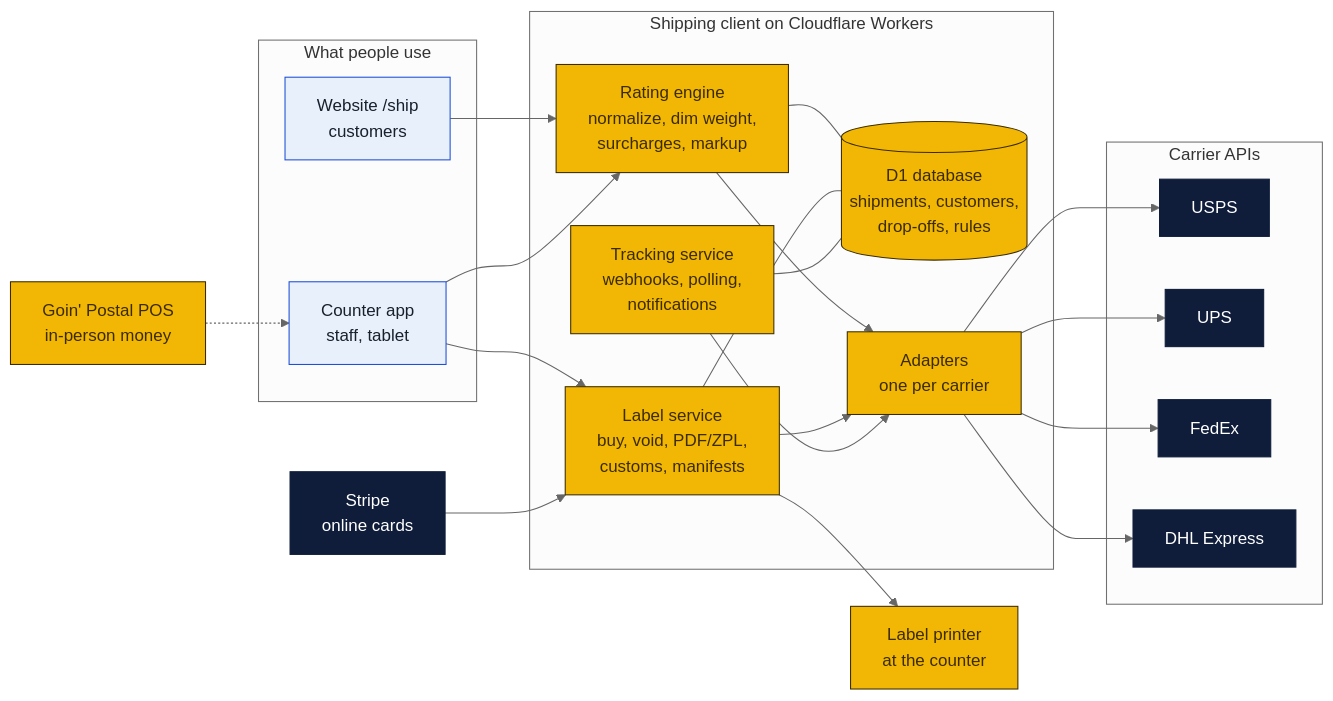
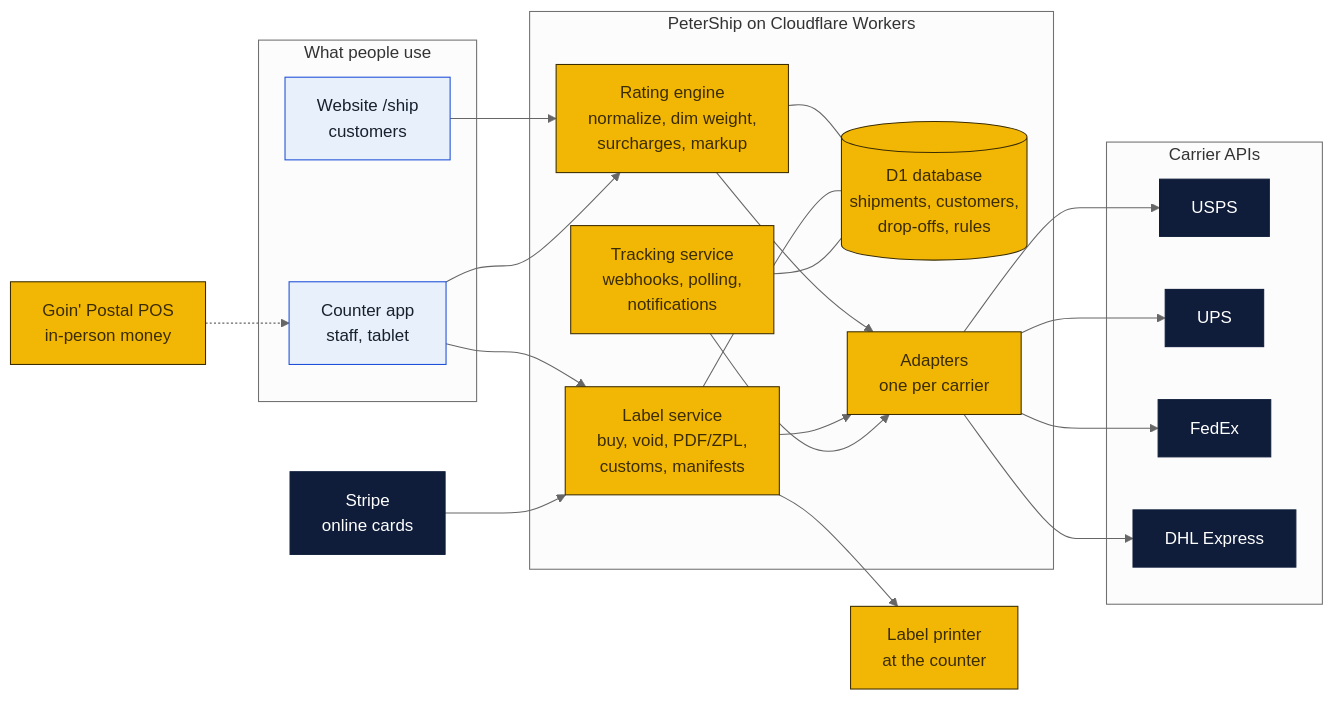
One commit to wbp318/goin-postal-forsythe changed the third of 5 diagrams in shipping-client/README.md. Above: the diagram before and after it, drawn with Mermaid (neutral theme). The commit also changed other lines of this file and 8 other files, not shown here.

Commit message:
Name the shipping client PeterShip

````diff
--- a/shipping-client/README.md
+++ b/shipping-client/README.md
@@ -105,39 +105,39 @@
 ```mermaid
 flowchart LR
   subgraph FRONT["What people use"]
     W["Website /ship<br/>customers"]:::you
     K["Counter app<br/>staff, tablet"]:::you
   end
-  subgraph CORE["Shipping client on Cloudflare Workers"]
+  subgraph CORE["PeterShip on Cloudflare Workers"]
     Q["Rating engine<br/>normalize, dim weight,<br/>surcharges, markup"]:::local
     L["Label service<br/>buy, void, PDF/ZPL,<br/>customs, manifests"]:::local
     T["Tracking service<br/>webhooks, polling,<br/>notifications"]:::local
     DB[("D1 database<br/>shipments, customers,<br/>drop-offs, rules")]:::local
     A["Adapters<br/>one per carrier"]:::local
   end
   subgraph CARRIERS["Carrier APIs"]
     U["USPS"]:::cloud
     P["UPS"]:::cloud
     F["FedEx"]:::cloud
     D["DHL Express"]:::cloud
   end
   W --> Q
   K --> Q
   K --> L
   Q --> A
   L --> A
   T --> A
   A --> U
   A --> P
   A --> F
   A --> D
   Q --- DB
   L --- DB
   T --- DB
   L --> PR["Label printer<br/>at the counter"]:::local
   S["Stripe<br/>online cards"]:::cloud --> L
   POS["Goin' Postal POS<br/>in-person money"]:::local -.-> K
   classDef local fill:#f2b705,stroke:#3b2c00,color:#3b2c00
   classDef cloud fill:#0f1d3a,stroke:#0f1d3a,color:#ffffff
   classDef you fill:#e8f1fb,stroke:#1d4ed8,color:#17202d
 ```
````
